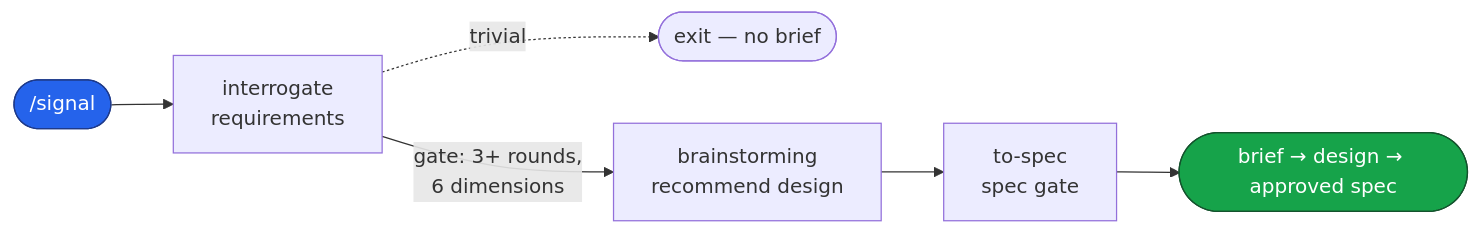
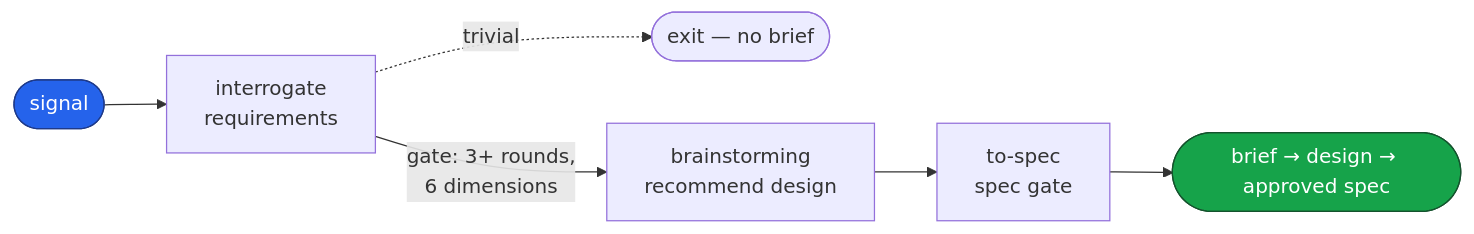
One commit to dashworthy/engineering changed the second of 6 diagrams in README.md. Above: the diagram before and after it, drawn with Mermaid. The commit also changed other lines of this file and 25 other files, not shown here.

````diff
--- a/README.md
+++ b/README.md
@@ -71,11 +71,11 @@
 ```mermaid
 flowchart LR
     classDef entry fill:#2563eb,stroke:#1e3a8a,color:#fff
     classDef done fill:#16a34a,stroke:#14532d,color:#fff
 
-    S(["/signal"]):::entry --> S1["interrogate<br/>requirements"]
+    S(["signal"]):::entry --> S1["interrogate<br/>requirements"]
     S1 -. "trivial" .-> X(["exit — no brief"])
     S1 -->|"gate: 3+ rounds,<br/>6 dimensions"| BR["brainstorming<br/>recommend design"]
     BR --> SP["to-spec<br/>spec gate"]
     SP --> STOP(["brief → design → approved spec"]):::done
 ```
````
